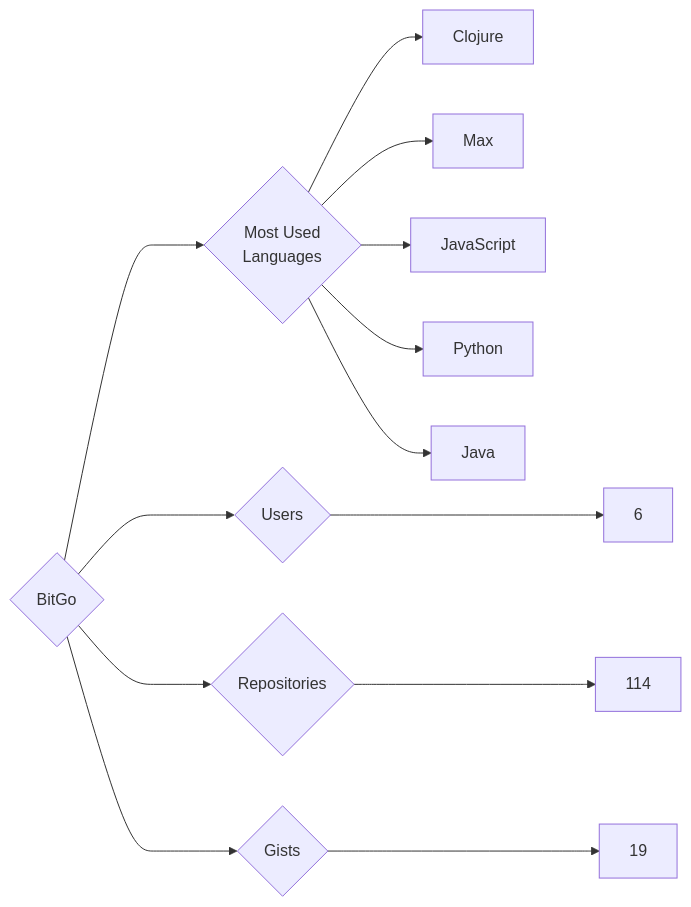
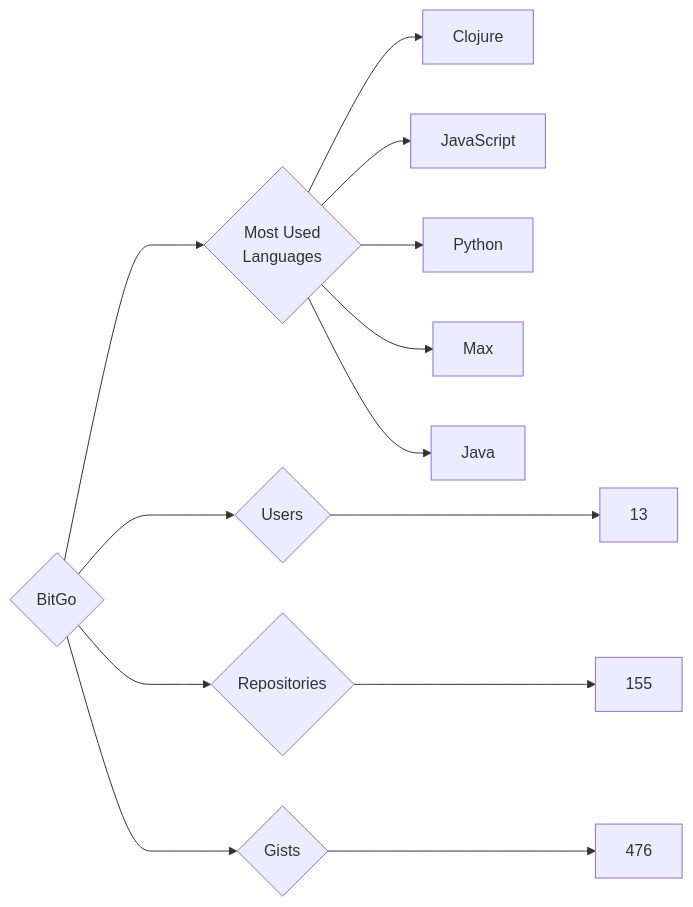
The diagram in targets/BitGo/README.md (trickest/insiders), drawn with Mermaid before and after one commit. The commit also changed 1167 other files, not shown here.

````diff
--- a/targets/BitGo/README.md
+++ b/targets/BitGo/README.md
@@ -3,13 +3,13 @@
 ```mermaid
 graph LR
 COMPANY_NAME{BitGo}
-COMPANY_NAME ---> U{Users} ---> UN[6]
-COMPANY_NAME ---> R{Repositories} ---> RN[114]
-COMPANY_NAME ---> G{Gists} ---> GN[19]
+COMPANY_NAME ---> U{Users} ---> UN[13]
+COMPANY_NAME ---> R{Repositories} ---> RN[155]
+COMPANY_NAME ---> G{Gists} ---> GN[476]
 COMPANY_NAME ---> ML{Most Used<br>Languages}
 ML --> Clojure[Clojure]
-ML --> Max[Max]
 ML --> JavaScript[JavaScript]
 ML --> Python[Python]
+ML --> Max[Max]
 ML --> Java[Java]
 ```
````
